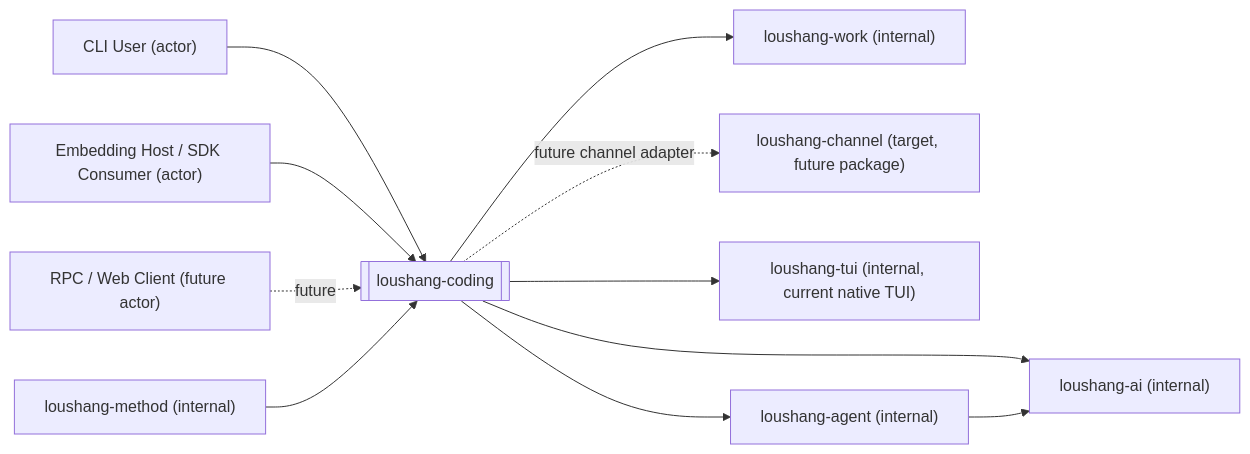
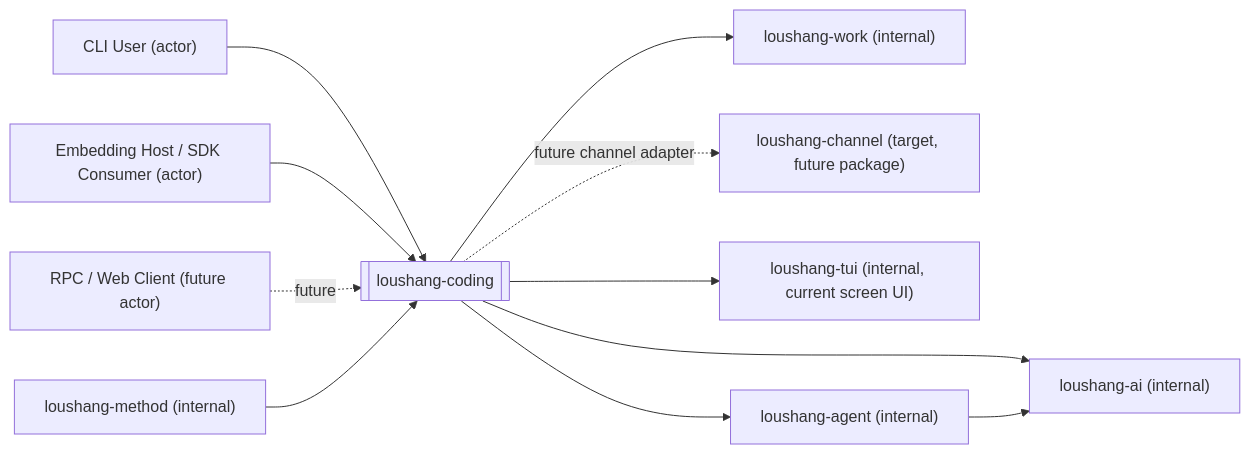
Before and after one commit to wrongbutworks/loushang: the diagram in docs/internals/architecture/coding/loushang-coding-system-context.md, drawn with Mermaid. The commit also changed other lines of this file and 7 other files, not shown here.

Commit message:
docs(coding): align screen UI architecture terminology

````diff
--- a/docs/internals/architecture/coding/loushang-coding-system-context.md
+++ b/docs/internals/architecture/coding/loushang-coding-system-context.md
@@ -163,28 +163,28 @@
 ```mermaid
 flowchart LR
     CLI["CLI User (actor)"]
     SDK["Embedding Host / SDK Consumer (actor)"]
     RPC["RPC / Web Client (future actor)"]
 
     METHOD["loushang-method (internal)"]
     WORK["loushang-work (internal)"]
     CHANNEL["loushang-channel (target, future package)"]
-    TUI["loushang-tui (internal, current native TUI)"]
+    TUI["loushang-tui (internal, current screen UI)"]
     AGENT["loushang-agent (internal)"]
     AI["loushang-ai (internal)"]
 
     CODING[[loushang-coding]]
 
     CLI --> CODING
     SDK --> CODING
     RPC -. future .-> CODING
 
     METHOD --> CODING
     CODING --> WORK
     CODING --> AGENT
     CODING --> AI
     AGENT --> AI
 
     CODING -. future channel adapter .-> CHANNEL
     CODING --> TUI
 ```
````
